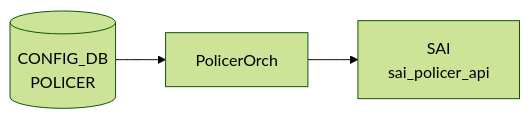
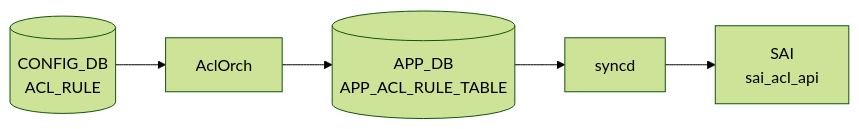
The diagram in docs/reference/config-db/policer.md (aoki-taquan/sonic-unofficial-docs), drawn with Mermaid (forest theme) before and after one commit. The commit also changed other lines of this file and 6 other files, not shown here.

````diff
--- a/docs/reference/config-db/policer.md
+++ b/docs/reference/config-db/policer.md
@@ -41,8 +42,12 @@
 ```mermaid
 flowchart LR
-  CDB[("CONFIG_DB<br/>POLICER")]
-  DM["PolicerOrch"]
+  CDB[("CONFIG_DB<br/>ACL_RULE")]
+  DM["AclOrch"]
   CDB --> DM
-  SAI["SAI<br/>sai_policer_api"]
-  DM --> SAI
+  APPDB[("APP_DB<br/>APP_ACL_RULE_TABLE")]
+  DM --> APPDB
+  SYNCD["syncd"]
+  APPDB --> SYNCD
+  SAI["SAI<br/>sai_acl_api"]
+  SYNCD --> SAI
 ```
````
